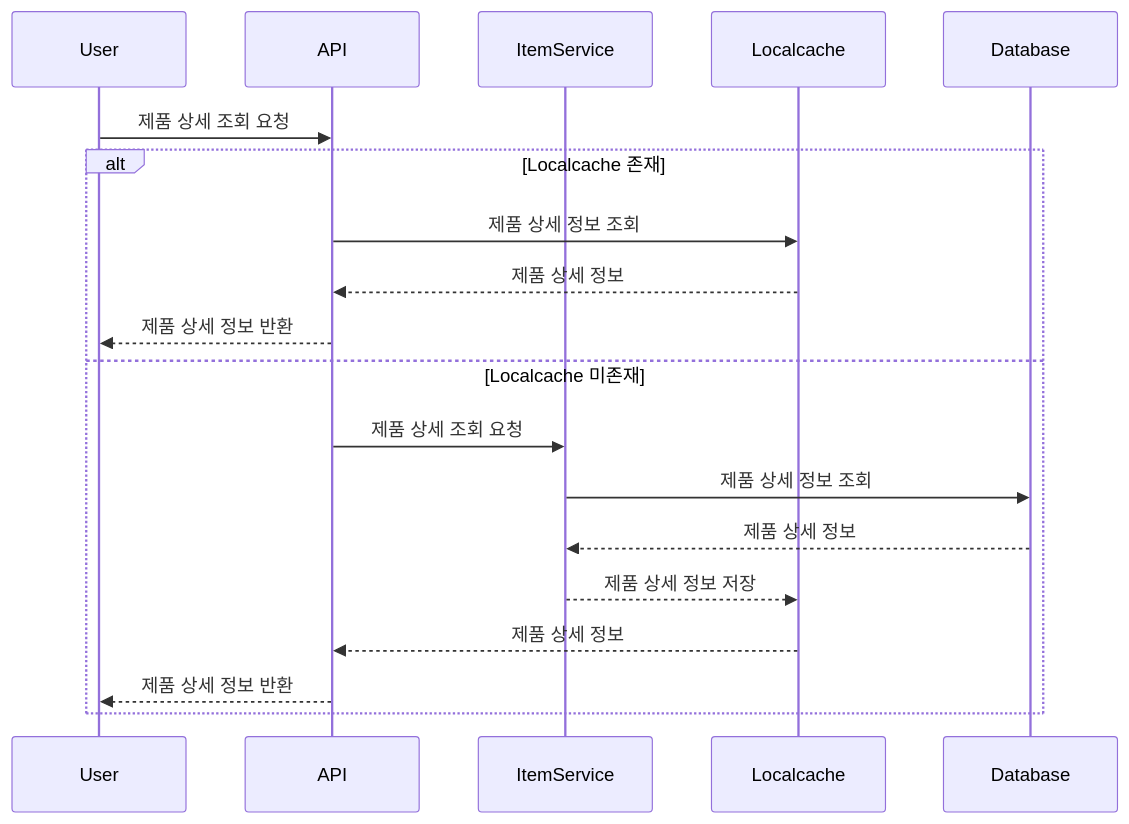
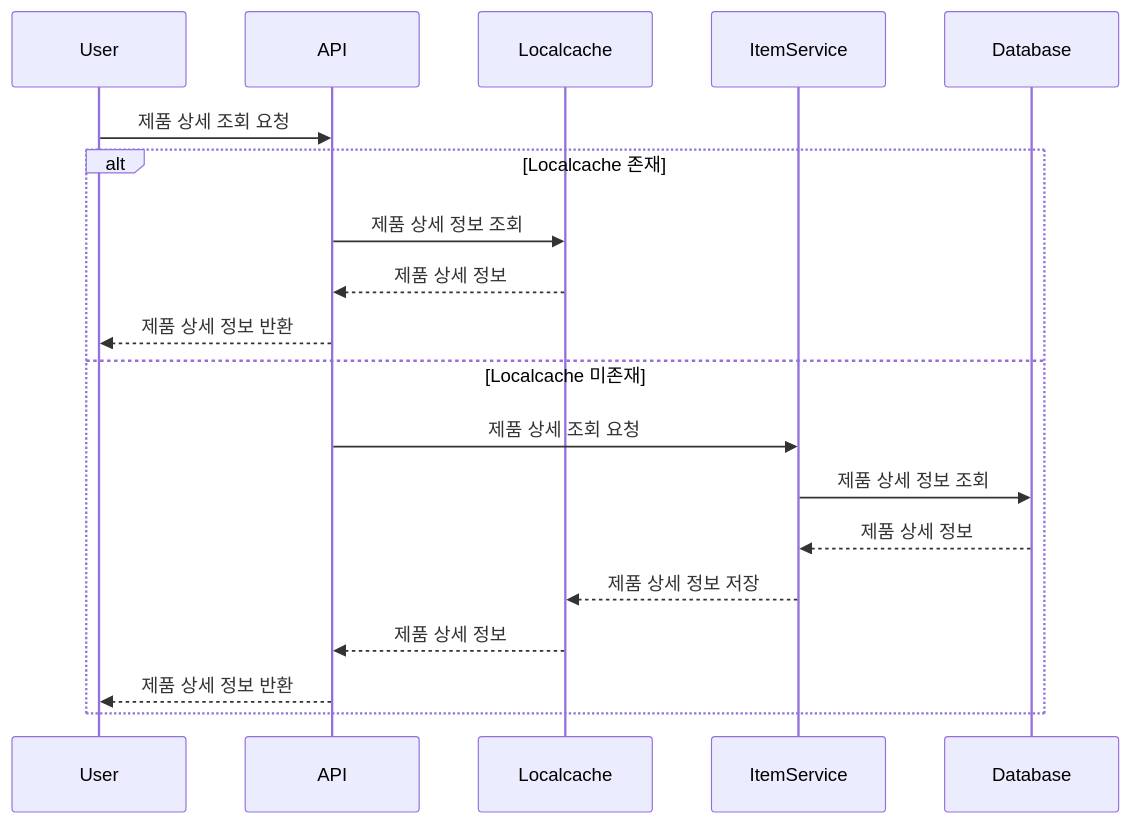
The second of 4 diagrams in docs/EventSequence.md (zzangoobrother/stock-order-project), drawn with Mermaid before and after one commit. The commit also changed other lines of this file, not shown here.

Commit message:
docs : 시쿼스 다이어그램 순서 변경

````diff
--- a/docs/EventSequence.md
+++ b/docs/EventSequence.md
@@ -38,22 +38,22 @@
 ```mermaid
 sequenceDiagram
     participant User
     participant API
+    participant Localcache
     participant ItemService
-    participant Localcache
     participant Database
     
     User->>API: 제품 상세 조회 요청
     alt Localcache 존재
         API->>Localcache: 제품 상세 정보 조회
         Localcache-->>API: 제품 상세 정보
         API-->>User: 제품 상세 정보 반환
     else Localcache 미존재
         API->>ItemService: 제품 상세 조회 요청
         ItemService->>Database: 제품 상세 정보 조회
         Database-->>ItemService: 제품 상세 정보
         ItemService-->>Localcache: 제품 상세 정보 저장
         Localcache-->>API: 제품 상세 정보
         API-->>User: 제품 상세 정보 반환
     end
 ```
````
